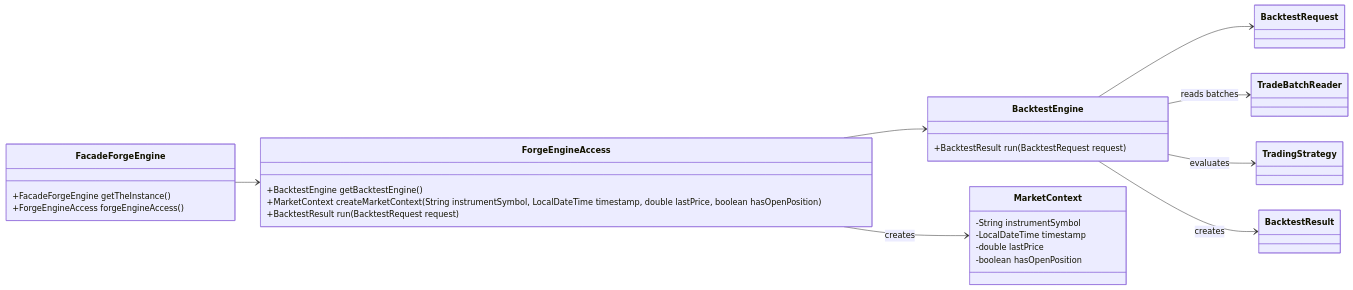
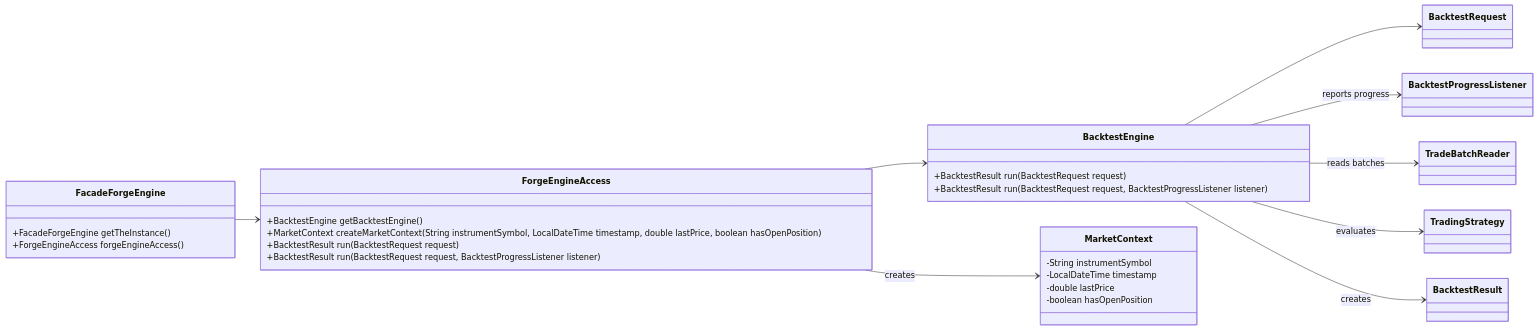
Diagram 15 of 19 in class-model.md (probst-paul/FORGE), drawn with Mermaid before and after one commit. The commit also changed other lines of this file and 19 other files, not shown here.

First line of the commit message:
Add backtest progress reporting

````diff
--- a/class-model.md
+++ b/class-model.md
@@ -853,34 +870,37 @@
 ```mermaid
 classDiagram
     direction LR
 
     class FacadeForgeEngine {
         +FacadeForgeEngine getTheInstance()
         +ForgeEngineAccess forgeEngineAccess()
     }
 
     class ForgeEngineAccess {
         +BacktestEngine getBacktestEngine()
         +MarketContext createMarketContext(String instrumentSymbol, LocalDateTime timestamp, double lastPrice, boolean hasOpenPosition)
         +BacktestResult run(BacktestRequest request)
+        +BacktestResult run(BacktestRequest request, BacktestProgressListener listener)
     }
 
     class BacktestEngine {
         +BacktestResult run(BacktestRequest request)
+        +BacktestResult run(BacktestRequest request, BacktestProgressListener listener)
     }
 
     class MarketContext {
         -String instrumentSymbol
         -LocalDateTime timestamp
         -double lastPrice
         -boolean hasOpenPosition
     }
 
     FacadeForgeEngine --> ForgeEngineAccess
     ForgeEngineAccess --> BacktestEngine
     ForgeEngineAccess --> MarketContext : creates
     BacktestEngine --> BacktestRequest
+    BacktestEngine --> BacktestProgressListener : reports progress
     BacktestEngine --> TradeBatchReader : reads batches
     BacktestEngine --> TradingStrategy : evaluates
     BacktestEngine --> BacktestResult : creates
 ```
````
